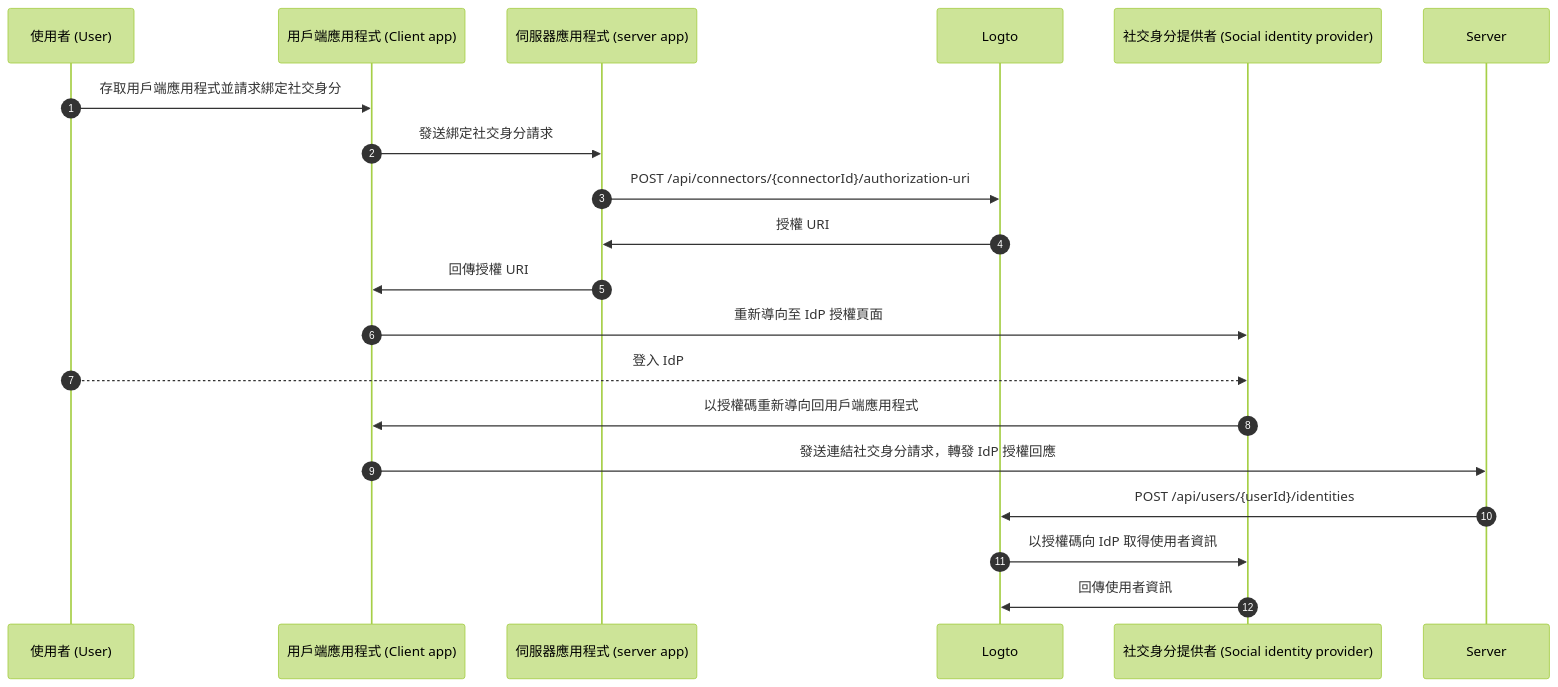
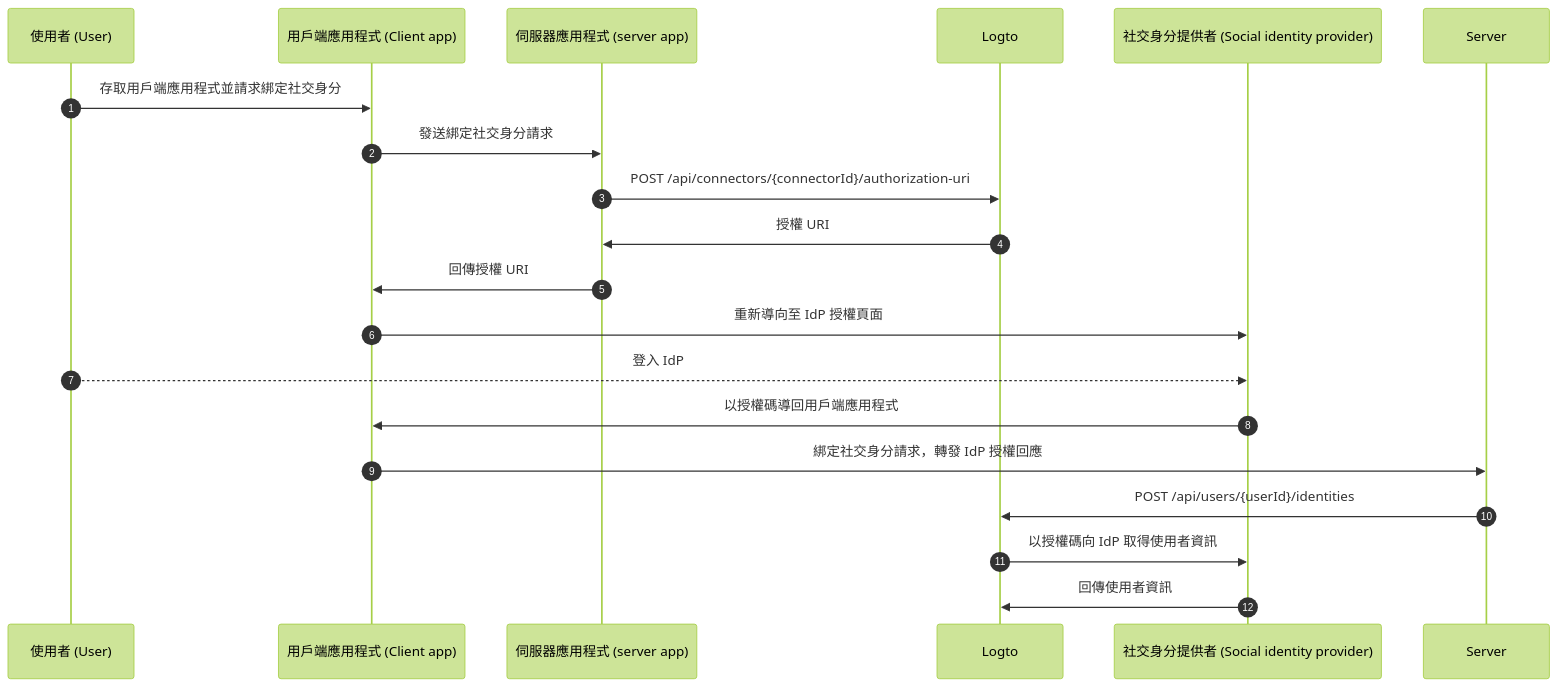
One commit to logto-io/docs changed the third of 3 diagrams in i18n/zh-TW/docusaurus-plugin-content-docs/current/end-user-flows/account-settings/by-management-api.mdx. Above: the diagram before and after it, drawn with Mermaid (forest theme). The commit also changed other lines of this file and 74 other files, not shown here.

````diff
--- a/i18n/zh-TW/docusaurus-plugin-content-docs/current/end-user-flows/account-settings/by-management-api.mdx
+++ b/i18n/zh-TW/docusaurus-plugin-content-docs/current/end-user-flows/account-settings/by-management-api.mdx
@@ -120,22 +120,22 @@
 ```mermaid
 sequenceDiagram
     autoNumber
     participant User as 使用者 (User)
     participant Client as 用戶端應用程式 (Client app)
     participant App as 伺服器應用程式 (server app)
     participant Logto as Logto
     participant IdP as 社交身分提供者 (Social identity provider)
 
     User ->> Client: 存取用戶端應用程式並請求綁定社交身分
     Client ->> App: 發送綁定社交身分請求
     App ->> Logto: POST /api/connectors/{connectorId}/authorization-uri
     Logto ->> App: 授權 URI
     App ->> Client: 回傳授權 URI
     Client ->> IdP: 重新導向至 IdP 授權頁面
     User -->> IdP: 登入 IdP
-    IdP ->> Client: 以授權碼重新導向回用戶端應用程式
-    Client ->> Server: 發送連結社交身分請求，轉發 IdP 授權回應
+    IdP ->> Client: 以授權碼導回用戶端應用程式
+    Client ->> Server: 綁定社交身分請求，轉發 IdP 授權回應
     Server ->> Logto: POST /api/users/{userId}/identities
     Logto ->> IdP: 以授權碼向 IdP 取得使用者資訊
     IdP ->> Logto: 回傳使用者資訊
 ```
````
